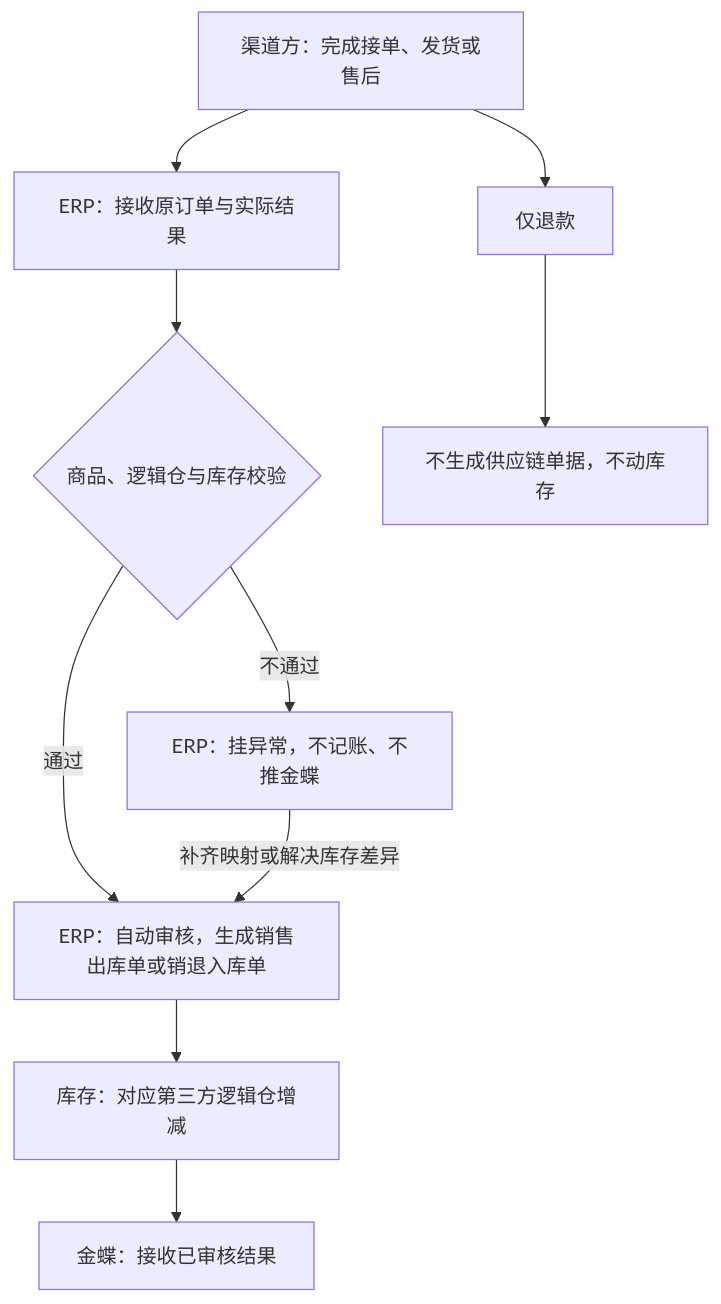
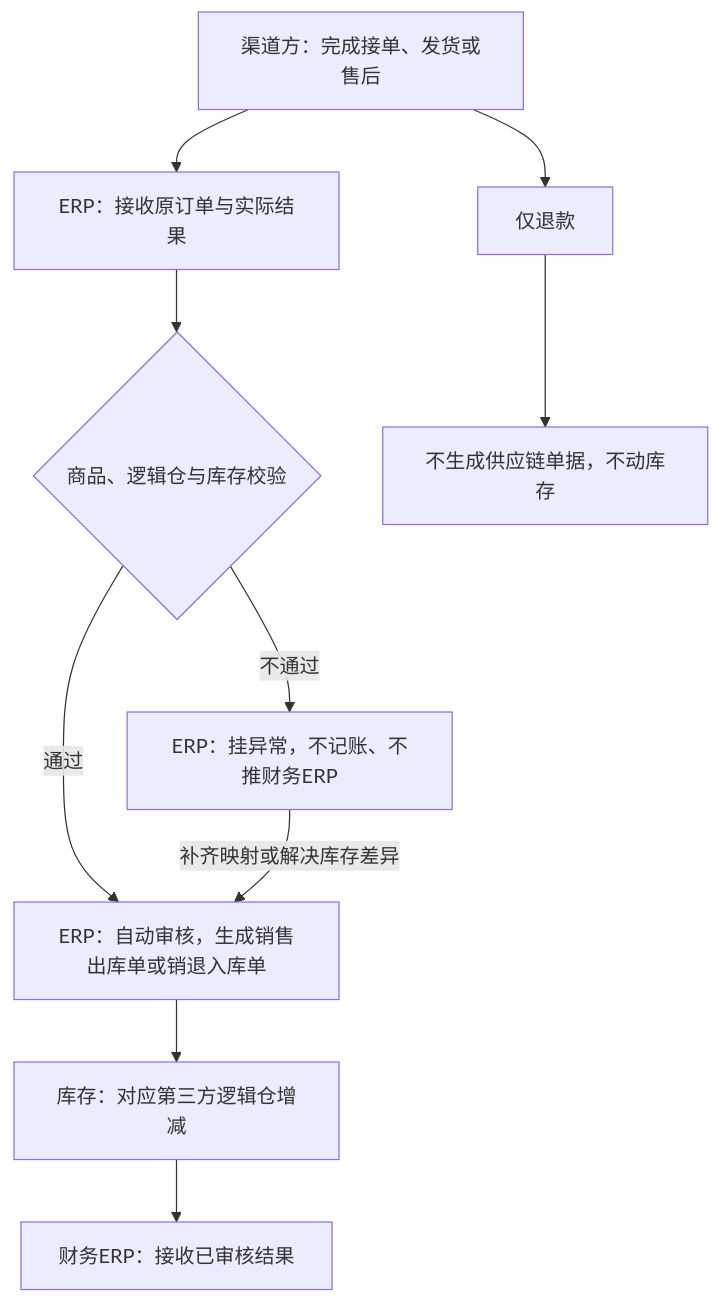
The fifth of 11 diagrams in 04-产品设计方案/20260812-ERP项目第一版框架搭建/系统架构和流程/01-系统流程与单据交互.md (TopVitamin/QS-ERP-Project), drawn with Mermaid before and after one commit. The commit also changed other lines of this file and 354 other files, not shown here.

````diff
--- a/04-产品设计方案/20260812-ERP项目第一版框架搭建/系统架构和流程/01-系统流程与单据交互.md
+++ b/04-产品设计方案/20260812-ERP项目第一版框架搭建/系统架构和流程/01-系统流程与单据交互.md
@@ -181,11 +181,11 @@
 ```mermaid
 flowchart TB
     A[渠道方：完成接单、发货或售后] --> B[ERP：接收原订单与实际结果]
     B --> C{商品、逻辑仓与库存校验}
     C -->|通过| D[ERP：自动审核，生成销售出库单或销退入库单]
     D --> E[库存：对应第三方逻辑仓增减]
-    E --> F[金蝶：接收已审核结果]
-    C -->|不通过| G[ERP：挂异常，不记账、不推金蝶]
+    E --> F[财务ERP：接收已审核结果]
+    C -->|不通过| G[ERP：挂异常，不记账、不推财务ERP]
     G -->|补齐映射或解决库存差异| D
     A --> H[仅退款] --> I[不生成供应链单据，不动库存]
 ```
````
